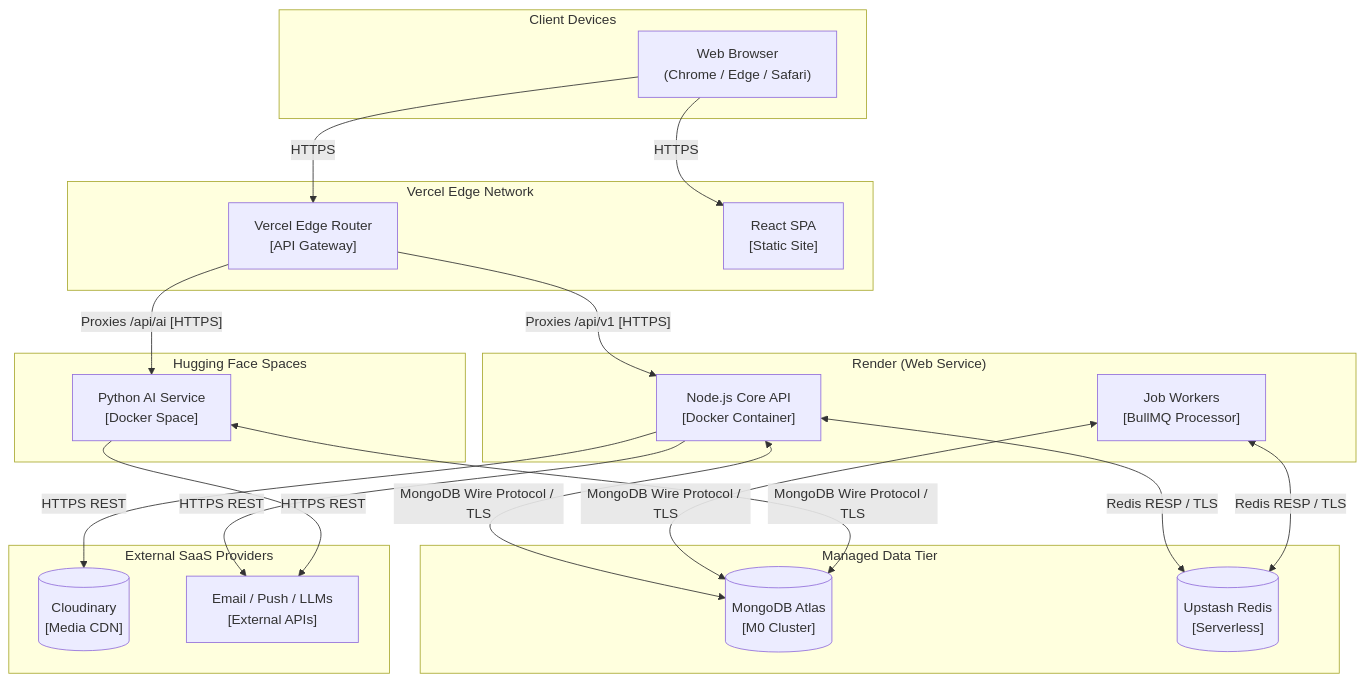
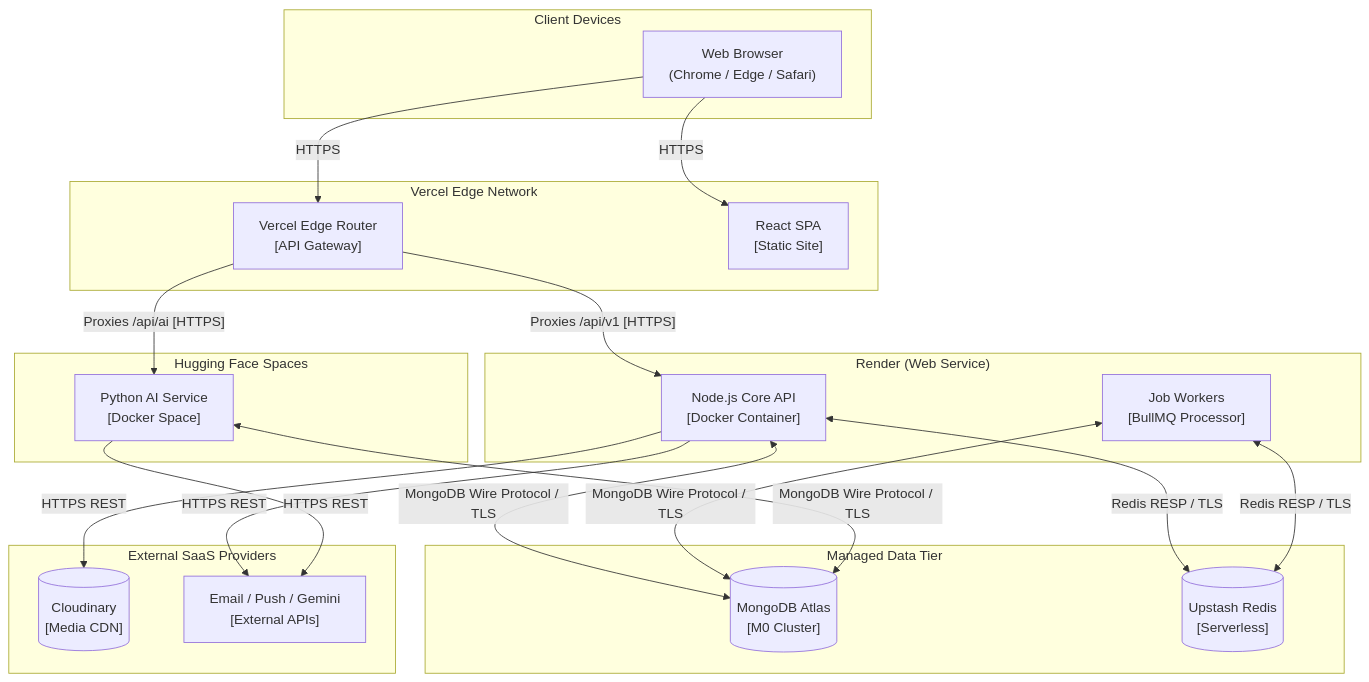
One commit to takiet2410-hub/SE-LifeLine-Project changed the seventh of 7 diagrams in src/StakeholderDocuments/SoftwareArchitecture.md. Above: the diagram before and after it, drawn with Mermaid. The commit also changed other lines of this file, not shown here.

Commit message:
Update Software Architecture markdown file

````diff
--- a/src/StakeholderDocuments/SoftwareArchitecture.md
+++ b/src/StakeholderDocuments/SoftwareArchitecture.md
@@ -416,67 +481,67 @@
 ```mermaid
 flowchart TB
     %% ==========================================
     %% CLIENT & CDN TIER
     %% ==========================================
     subgraph Client ["Client Devices"]
         Browser["Web Browser<br/>(Chrome / Edge / Safari)"]
     end
 
     subgraph Vercel ["Vercel Edge Network"]
         SPAInst["React SPA<br/>[Static Site]"]
         EdgeProxy["Vercel Edge Router<br/>[API Gateway]"]
     end
 
     %% ==========================================
     %% APPLICATION HOSTING TIER
     %% ==========================================
     subgraph Render ["Render (Web Service)"]
         CoreInst["Node.js Core API<br/>[Docker Container]"]
         WorkerInst["Job Workers<br/>[BullMQ Processor]"]
     end
 
     subgraph HF ["Hugging Face Spaces"]
         AIInst["Python AI Service<br/>[Docker Space]"]
     end
 
     %% ==========================================
     %% MANAGED DATA TIER
     %% ==========================================
     subgraph Data ["Managed Data Tier"]
         MongoInst[("MongoDB Atlas<br/>[M0 Cluster]")]
         RedisInst[("Upstash Redis<br/>[Serverless]")]
     end
 
     %% ==========================================
     %% EXTERNAL SAAS
     %% ==========================================
     subgraph SaaS ["External SaaS Providers"]
         Cloudinary[("Cloudinary<br/>[Media CDN]")]
-        ThirdPartyAPI["Email / Push / LLMs<br/>[External APIs]"]
+        ThirdPartyAPI["Email / Push / Gemini<br/>[External APIs]"]
     end
 
     %% ==========================================
     %% RELATIONSHIPS
     %% ==========================================
     Browser -->|"HTTPS"| SPAInst
     Browser -->|"HTTPS"| EdgeProxy
     
     EdgeProxy -->|"Proxies /api/v1 [HTTPS]"| CoreInst
     EdgeProxy -->|"Proxies /api/ai [HTTPS]"| AIInst
     
     CoreInst <-->|"MongoDB Wire Protocol / TLS"| MongoInst
     WorkerInst <-->|"MongoDB Wire Protocol / TLS"| MongoInst
     AIInst <-->|"MongoDB Wire Protocol / TLS"| MongoInst
     
     CoreInst <-->|"Redis RESP / TLS"| RedisInst
     WorkerInst <-->|"Redis RESP / TLS"| RedisInst
     
     CoreInst -->|"HTTPS REST"| Cloudinary
     CoreInst -->|"HTTPS REST"| ThirdPartyAPI
     AIInst -->|"HTTPS REST"| ThirdPartyAPI
     
     %% Aligning components to reduce overlap
     Client ~~~ Vercel
     Vercel ~~~ Render
     Render ~~~ Data
 ```
````
